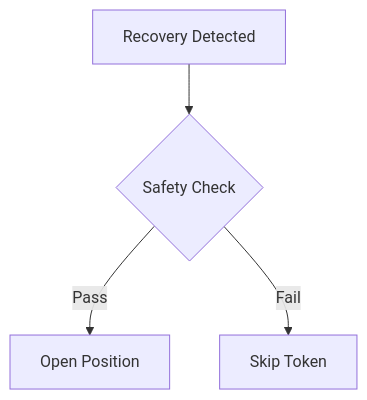
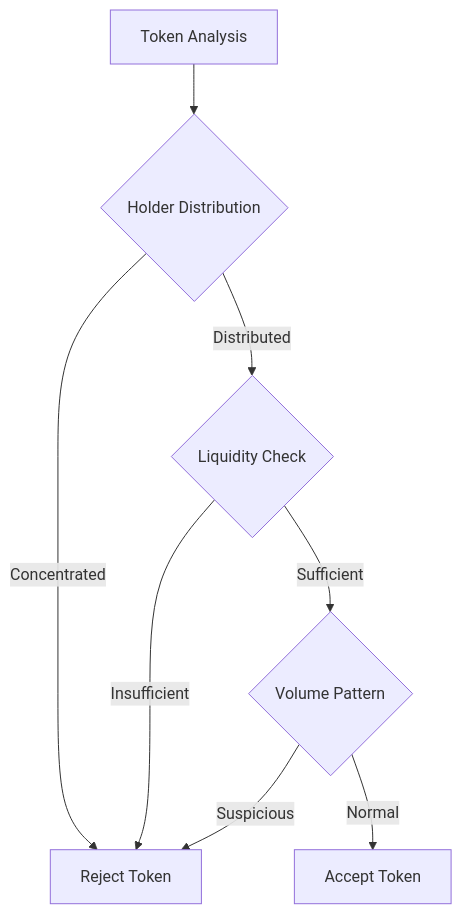
Before and after one commit to proofoftom/money-printer: the eighth of 9 diagrams in docs/diagrams/TradingScenarios.md, drawn with Mermaid. The commit also changed other lines of this file and 10 other files, not shown here.

````diff
--- a/docs/diagrams/TradingScenarios.md
+++ b/docs/diagrams/TradingScenarios.md
@@ -86,6 +112,10 @@
 ```mermaid
 graph TD
-    A[Recovery Detected] --> B{Safety Check}
-    B -->|Pass| C[Open Position]
-    B -->|Fail| D[Skip Token]
+    A[Token Analysis] --> B{Holder Distribution}
+    B -->|Concentrated| C[Reject Token]
+    B -->|Distributed| D{Liquidity Check}
+    D -->|Insufficient| C
+    D -->|Sufficient| E{Volume Pattern}
+    E -->|Suspicious| C
+    E -->|Normal| F[Accept Token]
 ```
````
